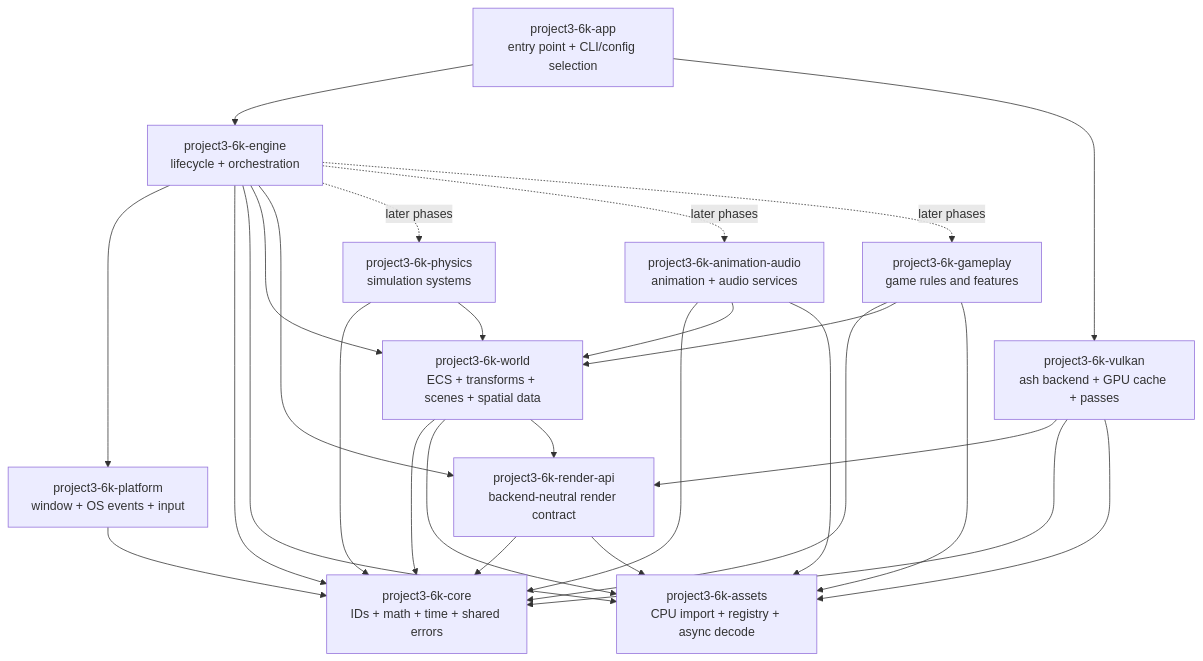
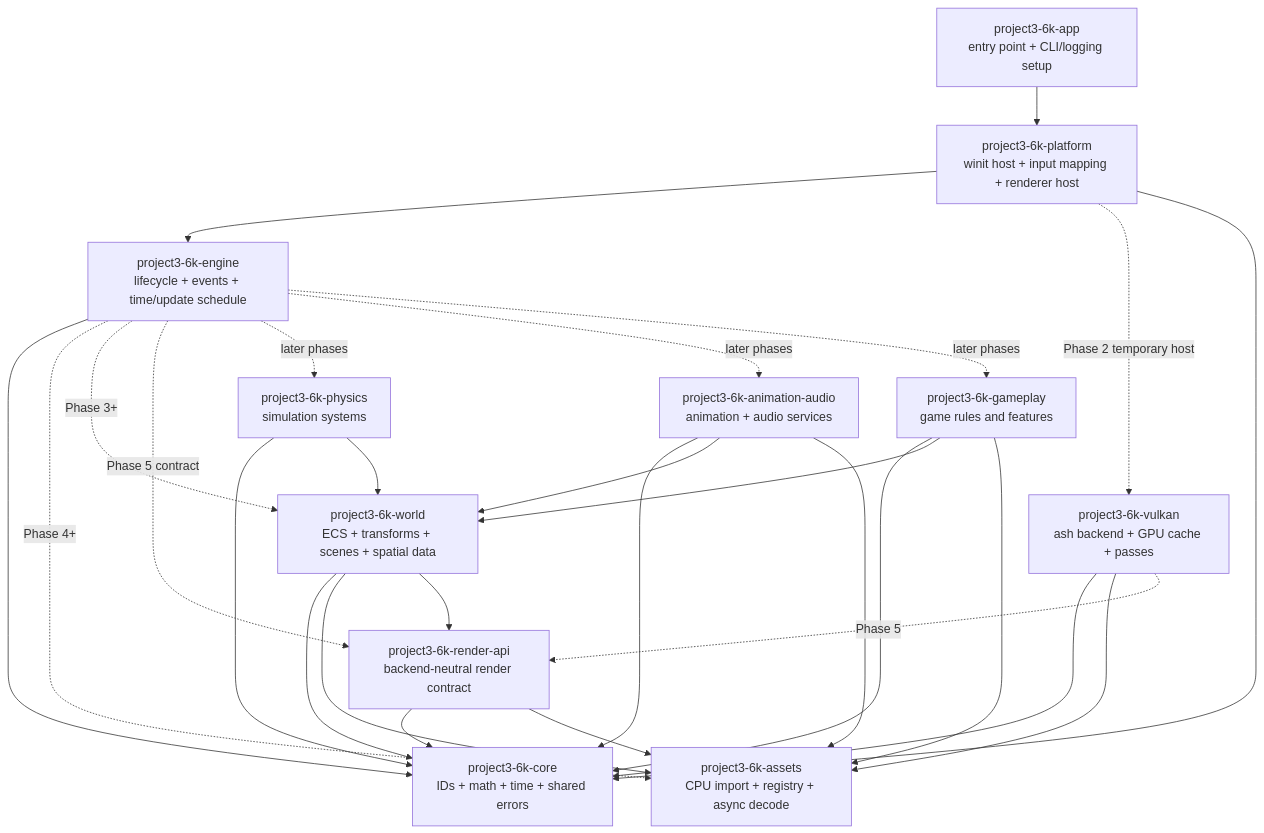
One commit to LarpingAgent/Project3.6k changed the first of 5 diagrams in docs/architecture/master-architecture.md. Above: the diagram before and after it, drawn with Mermaid. The commit also changed other lines of this file and 1 other file, not shown here.

Commit message:
docs(architecture): review phase 2 boundary

````diff
--- a/docs/architecture/master-architecture.md
+++ b/docs/architecture/master-architecture.md
@@ -22,42 +23,42 @@
 ```mermaid
 flowchart TB
-  App[project3-6k-app<br/>entry point + CLI/config selection]
-  Engine[project3-6k-engine<br/>lifecycle + orchestration]
-  Platform[project3-6k-platform<br/>window + OS events + input]
+  App[project3-6k-app<br/>entry point + CLI/logging setup]
+  Engine[project3-6k-engine<br/>lifecycle + events + time/update schedule]
+  Platform[project3-6k-platform<br/>winit host + input mapping + renderer host]
   Core[project3-6k-core<br/>IDs + math + time + shared errors]
   Assets[project3-6k-assets<br/>CPU import + registry + async decode]
   World[project3-6k-world<br/>ECS + transforms + scenes + spatial data]
   RenderAPI[project3-6k-render-api<br/>backend-neutral render contract]
   Vulkan[project3-6k-vulkan<br/>ash backend + GPU cache + passes]
   Physics[project3-6k-physics<br/>simulation systems]
   Animation[project3-6k-animation-audio<br/>animation + audio services]
   Gameplay[project3-6k-gameplay<br/>game rules and features]
 
-  App --> Engine
-  App --> Vulkan
-  Engine --> Platform
+  App --> Platform
+  Platform --> Engine
+  Platform -. Phase 2 temporary host .-> Vulkan
   Engine --> Core
-  Engine --> Assets
-  Engine --> World
-  Engine --> RenderAPI
+  Platform --> Core
+  Vulkan --> Core
+  Vulkan --> Assets
+  Engine -. Phase 4+ .-> Assets
+  Engine -. Phase 3+ .-> World
+  Engine -. Phase 5 contract .-> RenderAPI
+  Vulkan -. Phase 5 .-> RenderAPI
   Engine -. later phases .-> Physics
   Engine -. later phases .-> Animation
   Engine -. later phases .-> Gameplay
-  Platform --> Core
   World --> Core
   World --> Assets
   World --> RenderAPI
   RenderAPI --> Core
   RenderAPI --> Assets
-  Vulkan --> RenderAPI
-  Vulkan --> Core
-  Vulkan --> Assets
   Physics --> Core
   Physics --> World
   Animation --> Core
   Animation --> World
   Animation --> Assets
   Gameplay --> Core
   Gameplay --> World
   Gameplay --> Assets
 ```
````
